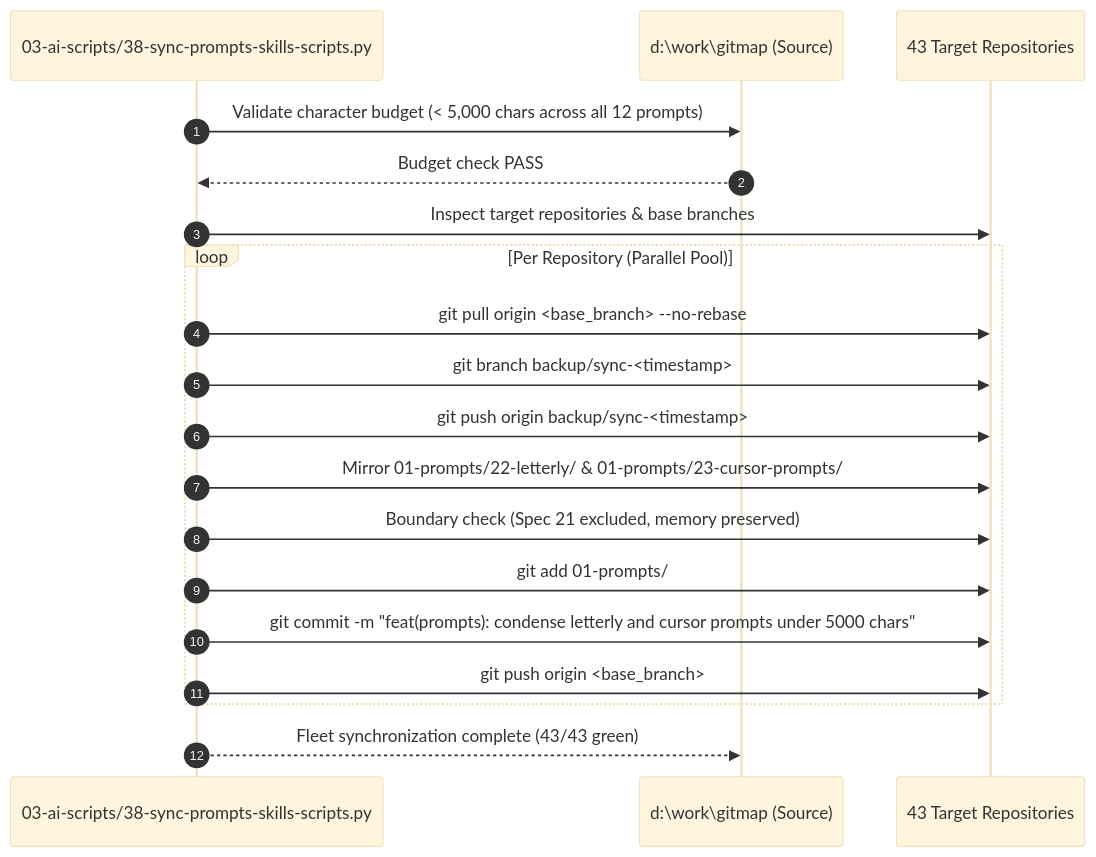
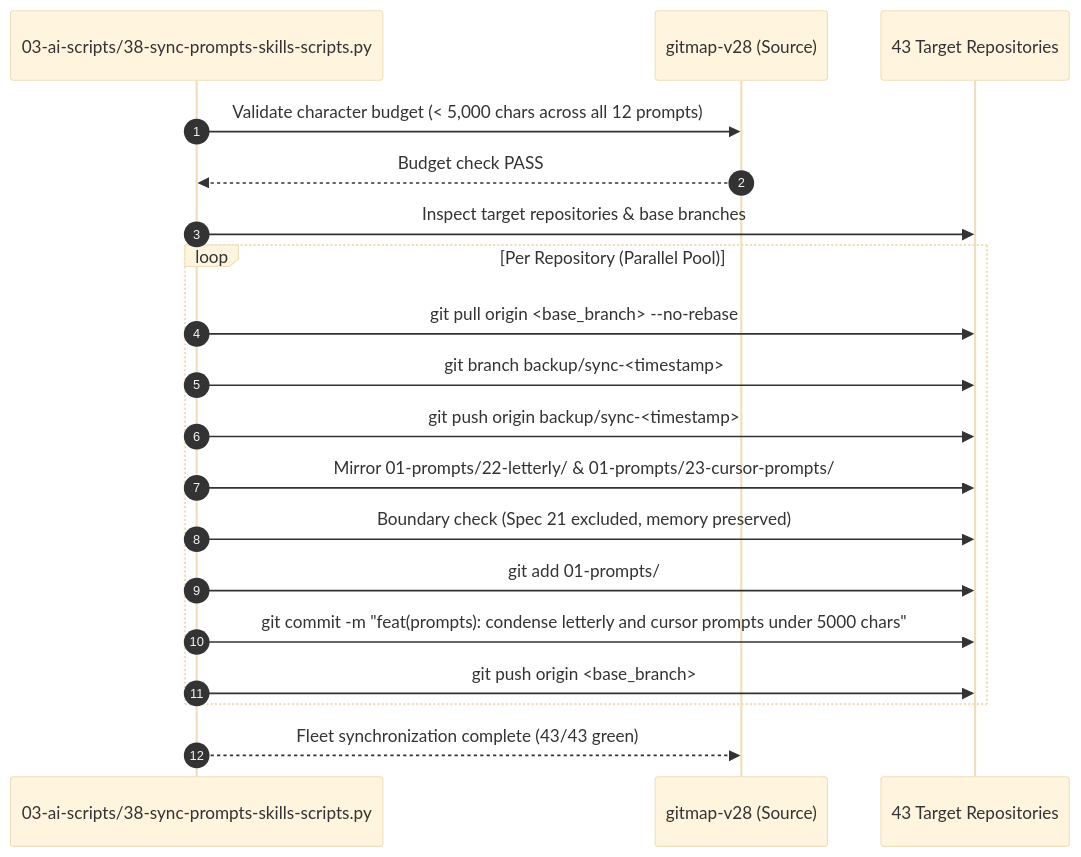
The diagram in 02-spec/21-app/351-json-instruction-and-cli-integration/03-prompt-condensation-and-sync-spec.md (alimtvnetwork/gitmap-v28), drawn with Mermaid (base theme) before and after one commit. The commit also changed other lines of this file and 45 other files, not shown here.

````diff
--- a/02-spec/21-app/351-json-instruction-and-cli-integration/03-prompt-condensation-and-sync-spec.md
+++ b/02-spec/21-app/351-json-instruction-and-cli-integration/03-prompt-condensation-and-sync-spec.md
@@ -123,22 +123,22 @@
 ```mermaid
 sequenceDiagram
     autonumber
     participant Engine as 03-ai-scripts/38-sync-prompts-skills-scripts.py
-    participant GitMap as d:\work\gitmap (Source)
+    participant GitMap as gitmap-v28 (Source)
     participant Fleet as 43 Target Repositories
 
     Engine->>GitMap: Validate character budget (< 5,000 chars across all 12 prompts)
     GitMap-->>Engine: Budget check PASS
     Engine->>Fleet: Inspect target repositories & base branches
     loop Per Repository (Parallel Pool)
         Engine->>Fleet: git pull origin <base_branch> --no-rebase
         Engine->>Fleet: git branch backup/sync-<timestamp>
         Engine->>Fleet: git push origin backup/sync-<timestamp>
         Engine->>Fleet: Mirror 01-prompts/22-letterly/ & 01-prompts/23-cursor-prompts/
         Engine->>Fleet: Boundary check (Spec 21 excluded, memory preserved)
         Engine->>Fleet: git add 01-prompts/
         Engine->>Fleet: git commit -m "feat(prompts): condense letterly and cursor prompts under 5000 chars"
         Engine->>Fleet: git push origin <base_branch>
     end
     Engine-->>GitMap: Fleet synchronization complete (43/43 green)
 ```
````
